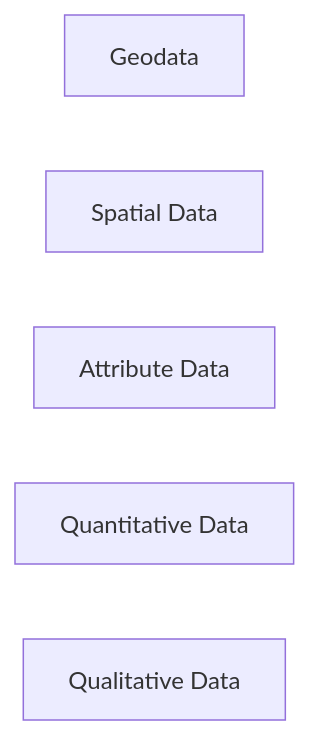
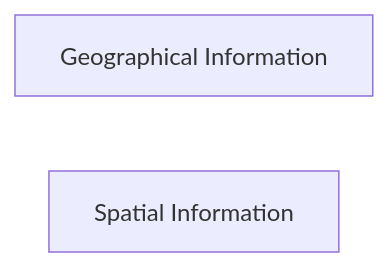
Before and after one commit to Fro-Q/wiki: the diagram in notes/geodata_2402220212.md, drawn with Mermaid. The commit also changed other lines of this file and 5 other files, not shown here.

````diff
--- a/notes/geodata_2402220212.md
+++ b/notes/geodata_2402220212.md
@@ -13,10 +13,5 @@
 ```mermaid
 graph LR
-gd[Geodata]
-sd[Spatial Data]
-ad[Attribute Data]
-quand[Quantitative Data]
-quald[Qualitative Data]
-
-
+gi[Geographical Information]
+si[Spatial Information]
 ```
````
